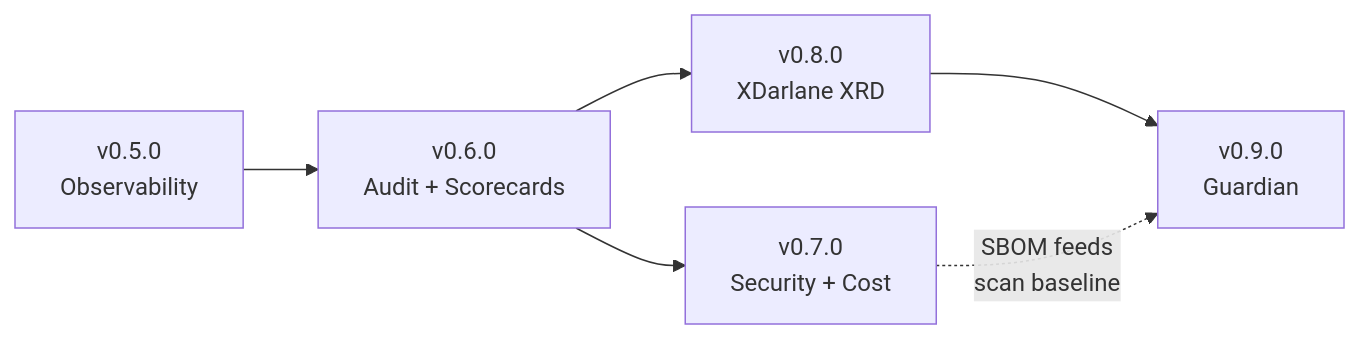
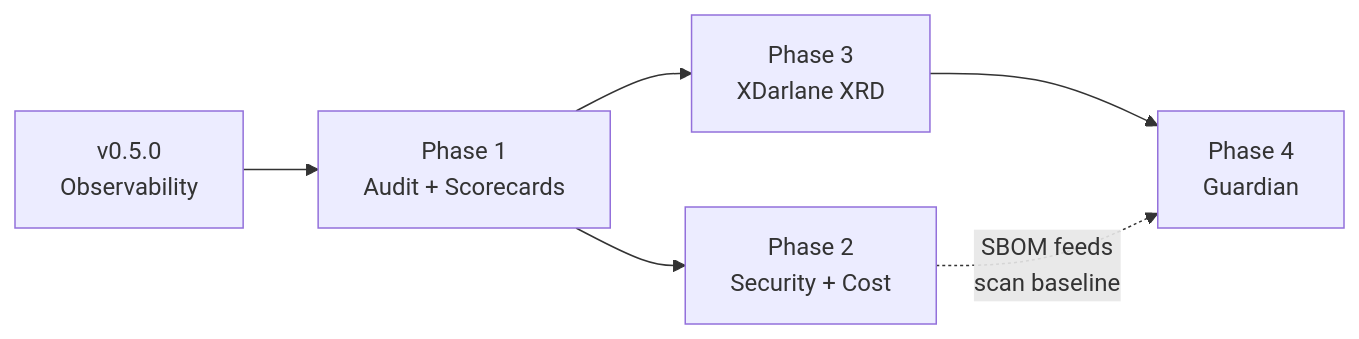
The diagram in docs/roadmap/enterprise-roadmap.md (wxops/wxops-portal), drawn with Mermaid before and after one commit. The commit also changed other lines of this file and 52 other files, not shown here.

````diff
--- a/docs/roadmap/enterprise-roadmap.md
+++ b/docs/roadmap/enterprise-roadmap.md
@@ -56,8 +64,8 @@
 ```mermaid
 flowchart LR
-    A["v0.6.0<br/>Audit + Scorecards"] --> B["v0.7.0<br/>Security + Cost"]
+    A["Phase 1<br/>Audit + Scorecards"] --> B["Phase 2<br/>Security + Cost"]
     OBS["v0.5.0<br/>Observability"] --> A
-    A --> XD["v0.8.0<br/>XDarlane XRD"]
-    XD --> G["v0.9.0<br/>Guardian"]
+    A --> XD["Phase 3<br/>XDarlane XRD"]
+    XD --> G["Phase 4<br/>Guardian"]
     B -.->|SBOM feeds<br/>scan baseline| G
 ```
````
